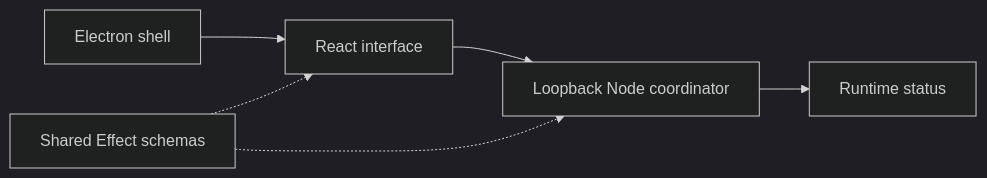
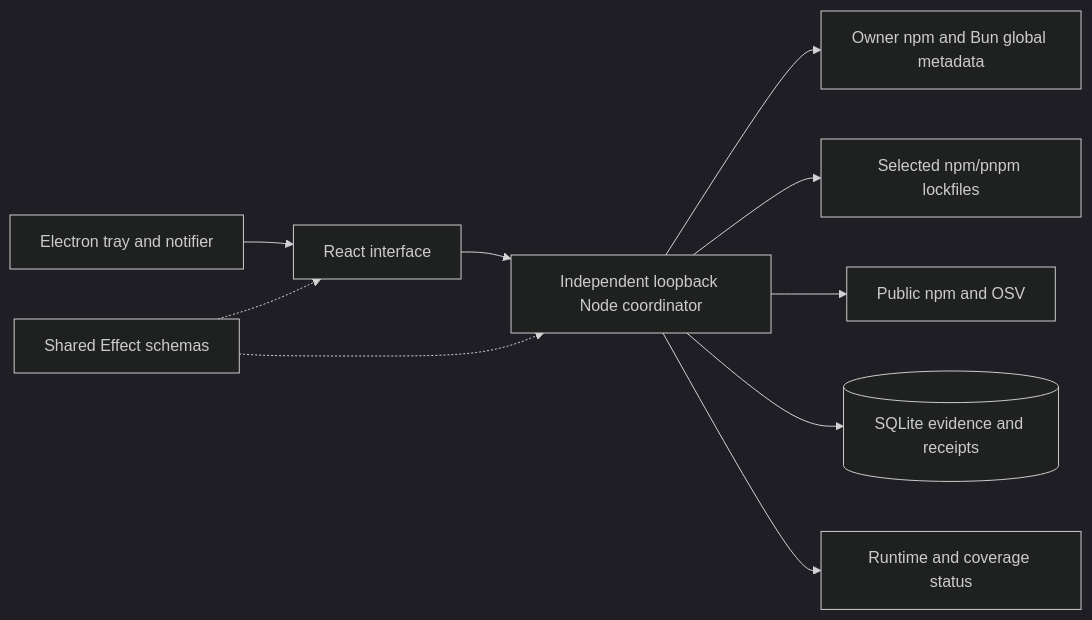
The first of 2 diagrams in docs/architecture.md (Sandesh-Solabannavar/versionstead), drawn with Mermaid (dark theme) before and after one commit. The commit also changed other lines of this file and 59 other files, not shown here.

````diff
--- a/docs/architecture.md
+++ b/docs/architecture.md
@@ -5,8 +5,12 @@
 ```mermaid
 flowchart LR
-  Desktop[Electron shell] --> Web[React interface]
-  Web --> Server[Loopback Node coordinator]
-  Server --> Status[Runtime status]
+  Desktop[Electron tray and notifier] --> Web[React interface]
+  Web --> Server[Independent loopback Node coordinator]
+  Server --> Inventory[Owner npm and Bun global metadata]
+  Server --> Projects[Selected npm/pnpm lockfiles]
+  Server --> Sources[Public npm and OSV]
+  Server --> DB[(SQLite evidence and receipts)]
+  Server --> Status[Runtime and coverage status]
   Contracts[Shared Effect schemas] -.-> Web
   Contracts -.-> Server
 ```
````
